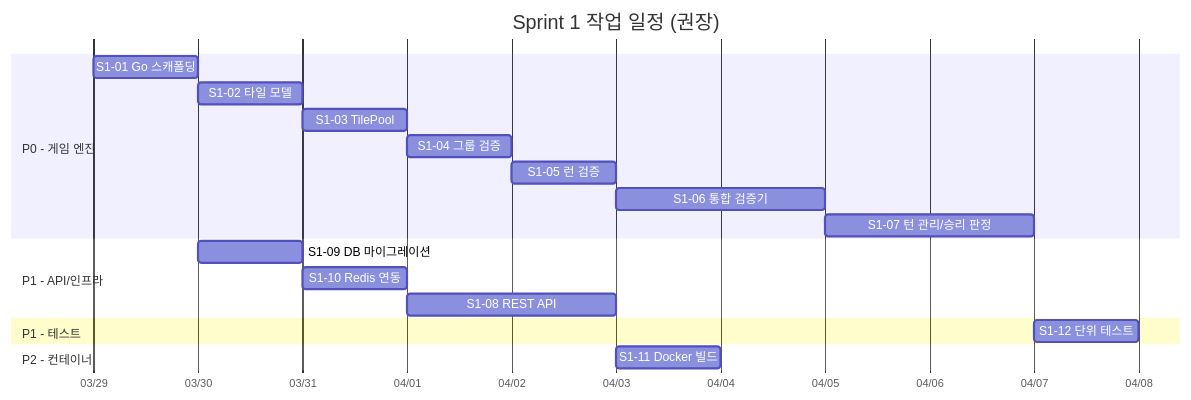
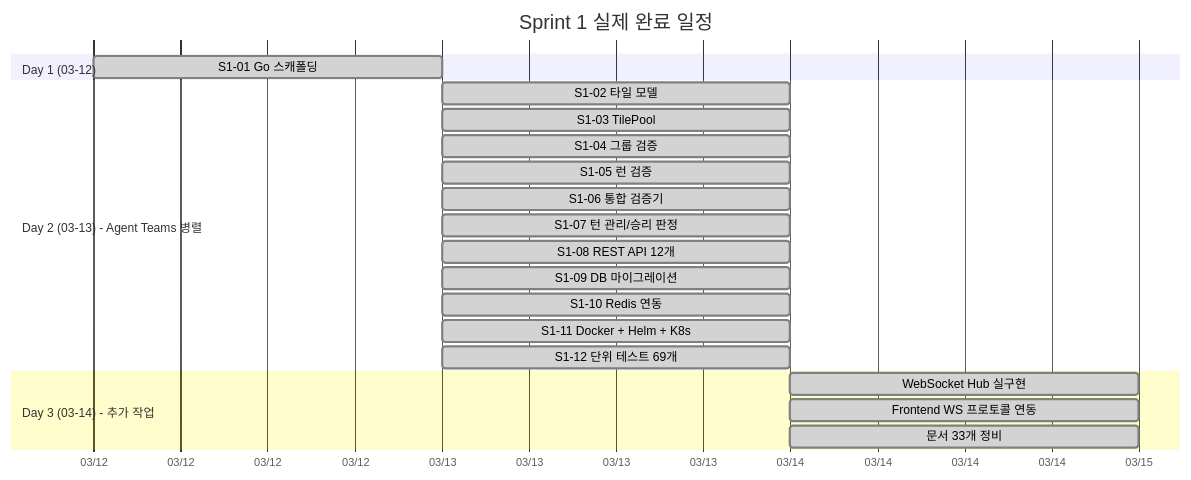
One commit to k82022603/RummiArena changed the second of 2 diagrams in docs/01-planning/06-sprint1-backlog.md. Above: the diagram before and after it, drawn with Mermaid. The commit also changed other lines of this file and 6 other files, not shown here.

First line of the commit message:
Agent Teams: 통합 테스트 44개 + ErrorToast UI + Sprint 1 백로그 현행화

````diff
--- a/docs/01-planning/06-sprint1-backlog.md
+++ b/docs/01-planning/06-sprint1-backlog.md
@@ -568,26 +599,27 @@
 ```mermaid
 gantt
-    title Sprint 1 작업 일정 (권장)
+    title Sprint 1 실제 완료 일정
     dateFormat YYYY-MM-DD
     axisFormat %m/%d
 
-    section P0 - 게임 엔진
-        S1-01 Go 스캐폴딩           :s01, 2026-03-29, 1d
-        S1-02 타일 모델               :s02, after s01, 1d
-        S1-03 TilePool               :s03, after s02, 1d
-        S1-04 그룹 검증               :s04, after s03, 1d
-        S1-05 런 검증                 :s05, after s04, 1d
-        S1-06 통합 검증기              :s06, after s05, 2d
-        S1-07 턴 관리/승리 판정        :s07, after s06, 2d
+    section Day 1 (03-12)
+        S1-01 Go 스캐폴딩           :done, s01, 2026-03-12, 1d
 
-    section P1 - API/인프라
-        S1-09 DB 마이그레이션          :s09, after s01, 1d
-        S1-10 Redis 연동              :s10, after s09, 1d
-        S1-08 REST API                :s08, after s10, 2d
+    section Day 2 (03-13) - Agent Teams 병렬
+        S1-02 타일 모델               :done, s02, 2026-03-13, 1d
+        S1-03 TilePool               :done, s03, 2026-03-13, 1d
+        S1-04 그룹 검증               :done, s04, 2026-03-13, 1d
+        S1-05 런 검증                 :done, s05, 2026-03-13, 1d
+        S1-06 통합 검증기              :done, s06, 2026-03-13, 1d
+        S1-07 턴 관리/승리 판정        :done, s07, 2026-03-13, 1d
+        S1-08 REST API 12개           :done, s08, 2026-03-13, 1d
+        S1-09 DB 마이그레이션          :done, s09, 2026-03-13, 1d
+        S1-10 Redis 연동              :done, s10, 2026-03-13, 1d
+        S1-11 Docker + Helm + K8s     :done, s11, 2026-03-13, 1d
+        S1-12 단위 테스트 69개         :done, s12, 2026-03-13, 1d
 
-    section P1 - 테스트
-        S1-12 단위 테스트              :s12, after s07, 1d
-
-    section P2 - 컨테이너
-        S1-11 Docker 빌드             :s11, after s08, 1d
+    section Day 3 (03-14) - 추가 작업
+        WebSocket Hub 실구현          :done, ws, 2026-03-14, 1d
+        Frontend WS 프로토콜 연동      :done, fe, 2026-03-14, 1d
+        문서 33개 정비                 :done, doc, 2026-03-14, 1d
 ```
````
